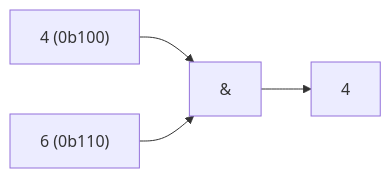
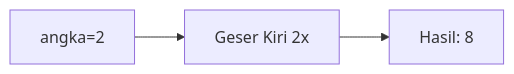
One commit to amnahwaida/OSNK_INF_PREP changed the seventh of 25 diagrams in part-c-pemahaman-cpp/06-bitwise/latihan/set-05.md. Above: the diagram before and after it, drawn with Mermaid. The commit also changed other lines of this file and 71 other files, not shown here.

````diff
--- a/part-c-pemahaman-cpp/06-bitwise/latihan/set-05.md
+++ b/part-c-pemahaman-cpp/06-bitwise/latihan/set-05.md
@@ -181,6 +184,5 @@
 ```mermaid
 graph LR
-A["4 (0b100)"] --> C["&"]
-B["6 (0b110)"] --> C
-C --> D["4"]
+A["angka=2"] --> B["Geser Kiri 2x"]
+B --> C["Hasil: 8"]
 ```
````
